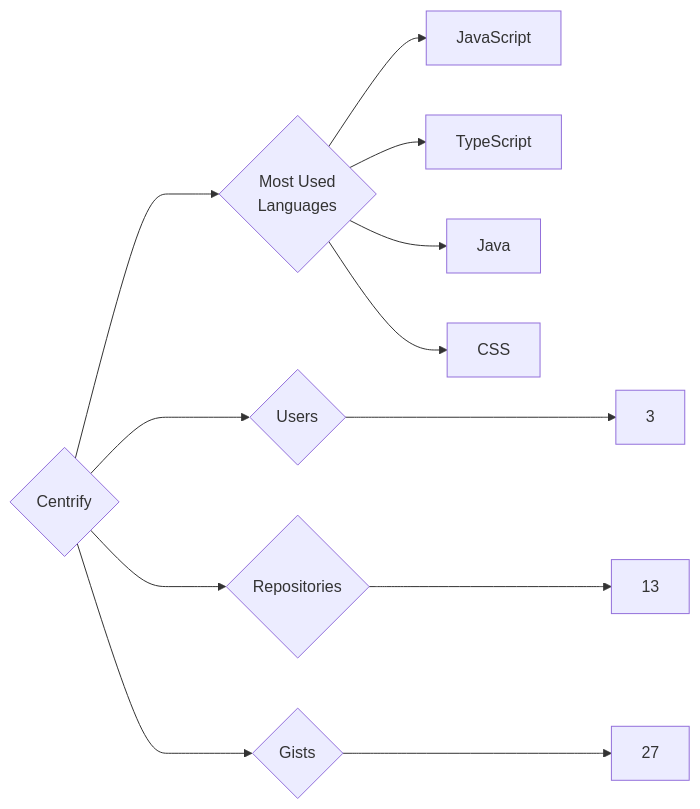
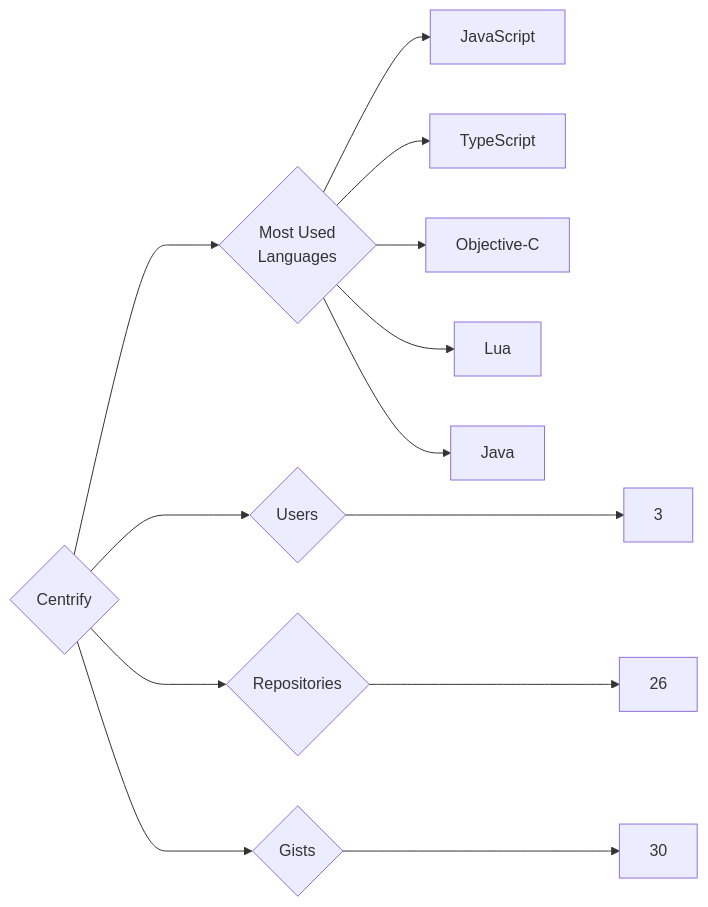
Before and after one commit to trickest/insiders: the diagram in targets/Centrify/README.md, drawn with Mermaid. The commit also changed 715 other files, not shown here.

````diff
--- a/targets/Centrify/README.md
+++ b/targets/Centrify/README.md
@@ -3,12 +3,13 @@
 ```mermaid
 graph LR
 COMPANY_NAME{Centrify}
 COMPANY_NAME ---> U{Users} ---> UN[3]
-COMPANY_NAME ---> R{Repositories} ---> RN[13]
-COMPANY_NAME ---> G{Gists} ---> GN[27]
+COMPANY_NAME ---> R{Repositories} ---> RN[26]
+COMPANY_NAME ---> G{Gists} ---> GN[30]
 COMPANY_NAME ---> ML{Most Used<br>Languages}
 ML --> JavaScript[JavaScript]
 ML --> TypeScript[TypeScript]
+ML --> Objective-C[Objective-C]
+ML --> Lua[Lua]
 ML --> Java[Java]
-ML --> CSS[CSS]
 ```
````
